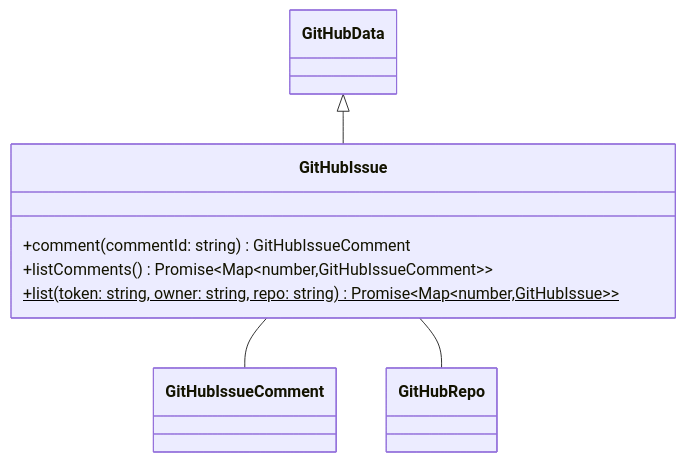
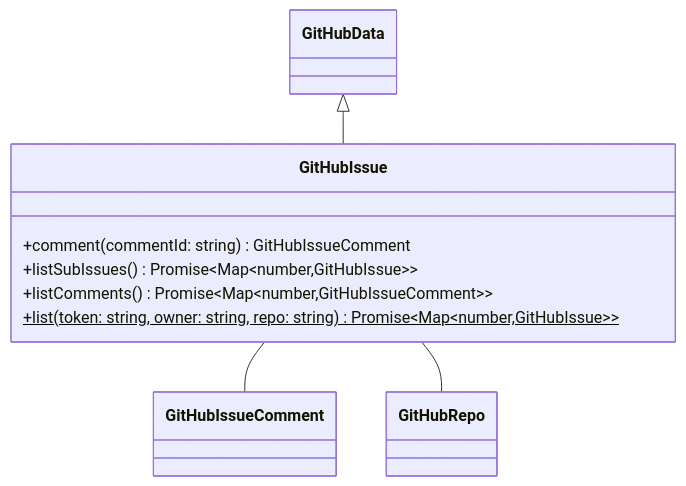
One commit to tomsdoo/github-repo changed the diagram in docs/md/GitHubIssue.md. Above: the diagram before and after it, drawn with Mermaid. The commit also changed 1 other file, not shown here.

Commit message:
GitHubIssue listSubIssues() (#55)

````diff
--- a/docs/md/GitHubIssue.md
+++ b/docs/md/GitHubIssue.md
@@ -3,19 +3,20 @@
 ``` mermaid
 classDiagram
 
 class GitHubIssue {
   +comment(commentId: string) GitHubIssueComment
+  +listSubIssues() Promise~Map~number#44;GitHubIssue~~
   +listComments() Promise~Map~number#44;GitHubIssueComment~~
   +list(token: string, owner: string, repo: string) Promise~Map~number#44;GitHubIssue~~$
 }
 
 GitHubData <|-- GitHubIssue
 click GitHubData href "/#/?path=/md/GitHubData.md"
 
 GitHubIssue -- GitHubIssueComment
 click GitHubIssueComment href "/#/?path=/md/GitHubIssueComment.md"
 
 GitHubIssue -- GitHubRepo
 click GitHubRepo href "/#/?path=/md/GitHubRepo.md"
 
 ```
````
